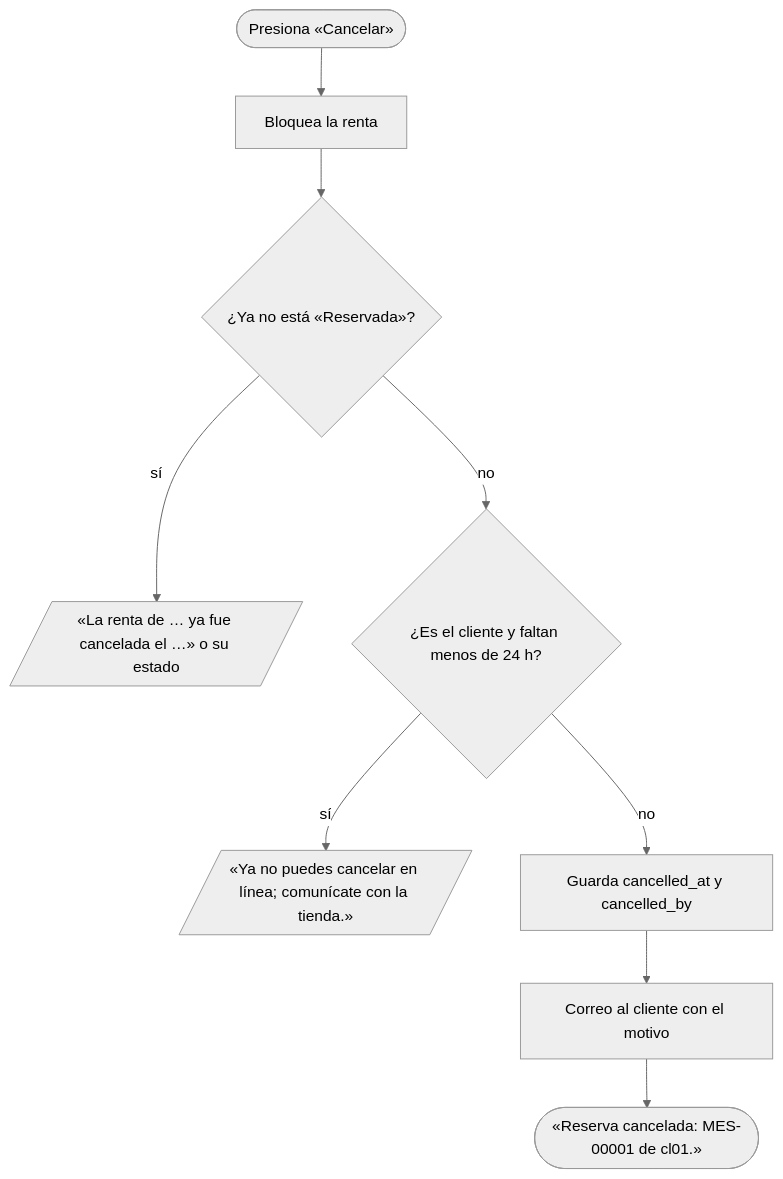
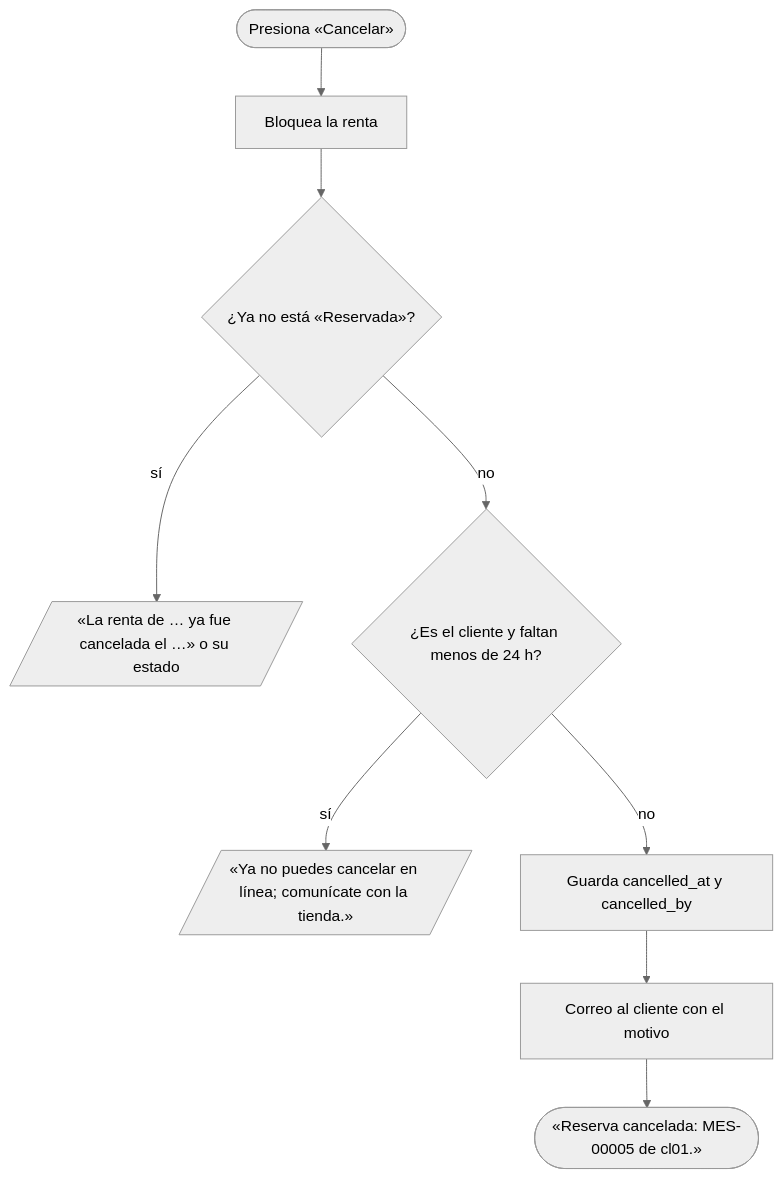
Diagram 16 of 39 in docs/casos-de-uso.md (peterteranb/astra-rent-system), drawn with Mermaid (neutral theme) before and after one commit. The commit also changed other lines of this file and 9 other files, not shown here.

````diff
--- a/docs/casos-de-uso.md
+++ b/docs/casos-de-uso.md
@@ -576,11 +706,11 @@
 ```mermaid
 flowchart TD
     A(["Presiona «Cancelar»"]) --> B["Bloquea la renta"]
     B --> C{"¿Ya no está «Reservada»?"}
     C -- sí --> D[/"«La renta de … ya fue cancelada el …» o su estado"/]
     C -- no --> E{"¿Es el cliente y faltan menos de 24 h?"}
     E -- sí --> F[/"«Ya no puedes cancelar en línea#59; comunícate con la tienda.»"/]
     E -- no --> G["Guarda cancelled_at y cancelled_by"]
     G --> H["Correo al cliente con el motivo"]
-    H --> I(["«Reserva cancelada: MES-00001 de cl01.»"])
+    H --> I(["«Reserva cancelada: MES-00005 de cl01.»"])
 ```
````
